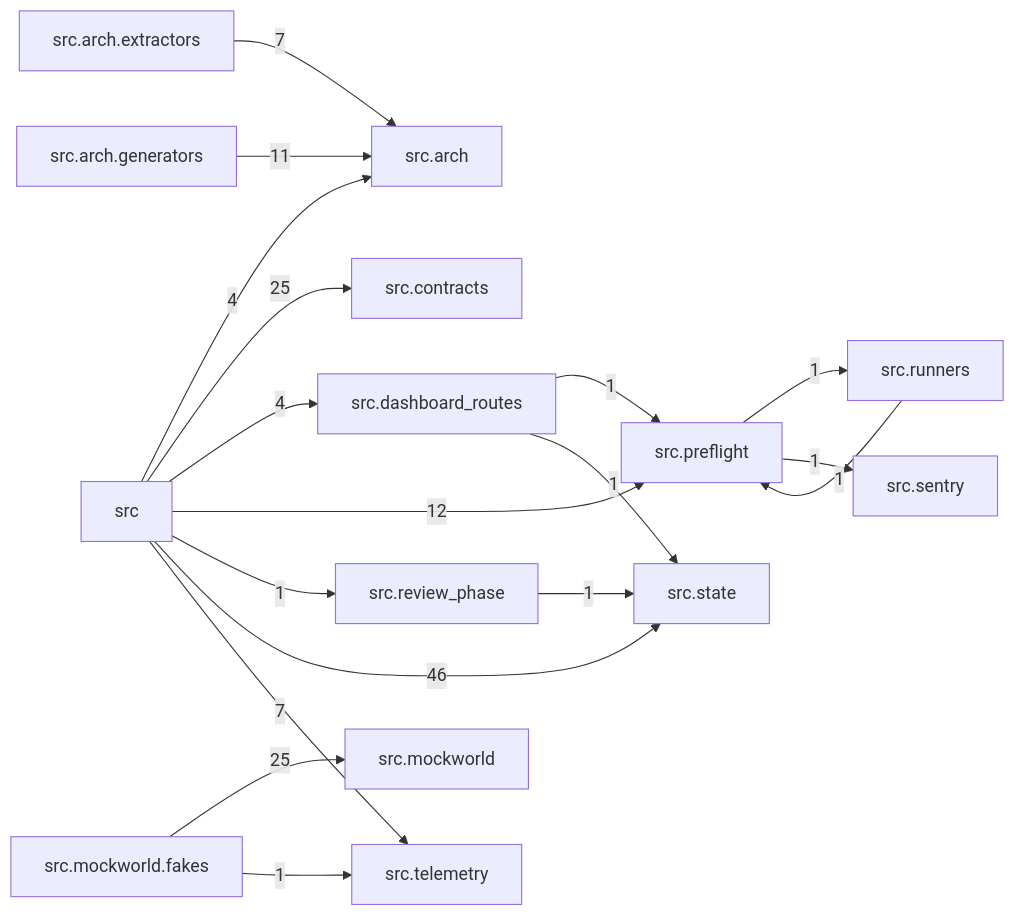
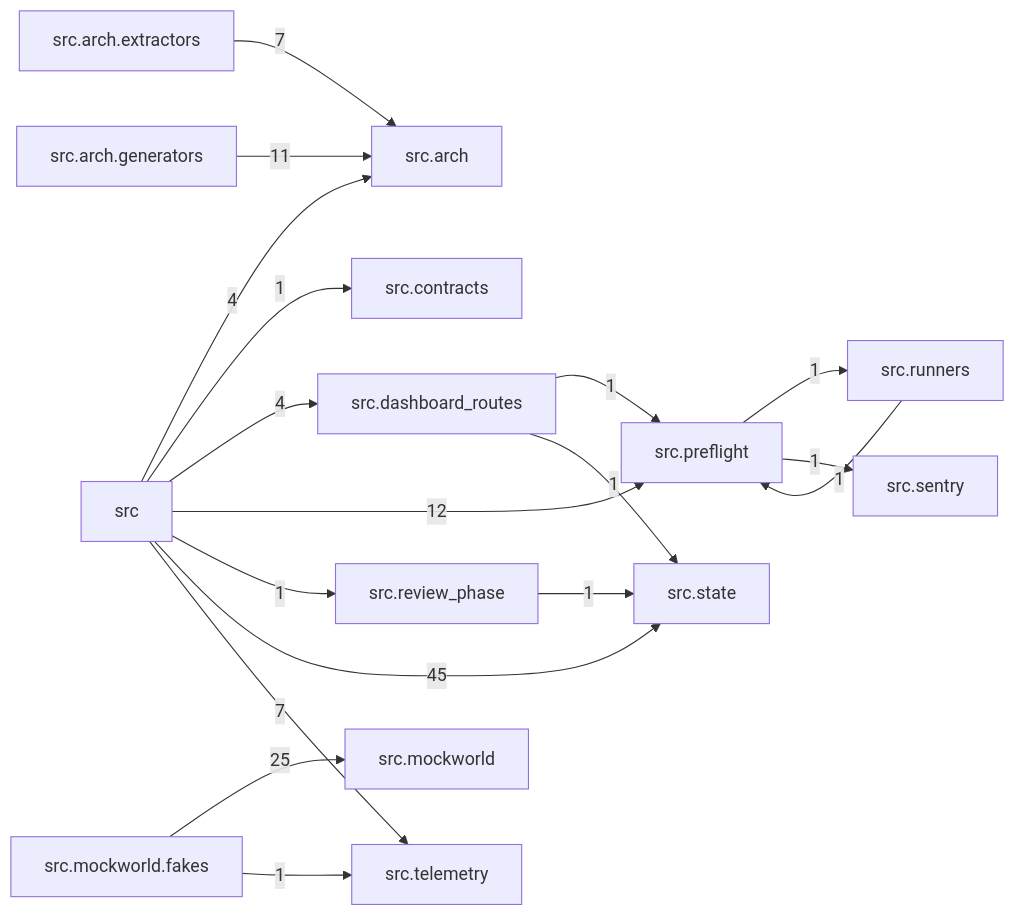
The diagram in docs/arch/generated/modules.md (T-rav/hydraflow), drawn with Mermaid before and after one commit. The commit also changed other lines of this file and 12 other files, not shown here.

````diff
--- a/docs/arch/generated/modules.md
+++ b/docs/arch/generated/modules.md
@@ -7,34 +7,34 @@
 ```mermaid
 graph LR
     src["src"]
     src_arch["src.arch"]
     src_arch_extractors["src.arch.extractors"]
     src_arch_generators["src.arch.generators"]
     src_contracts["src.contracts"]
     src_dashboard_routes["src.dashboard_routes"]
     src_mockworld["src.mockworld"]
     src_mockworld_fakes["src.mockworld.fakes"]
     src_preflight["src.preflight"]
     src_review_phase["src.review_phase"]
     src_runners["src.runners"]
     src_sentry["src.sentry"]
     src_state["src.state"]
     src_telemetry["src.telemetry"]
     src -- "4" --> src_arch
-    src -- "25" --> src_contracts
+    src -- "1" --> src_contracts
     src -- "4" --> src_dashboard_routes
     src -- "12" --> src_preflight
     src -- "1" --> src_review_phase
-    src -- "46" --> src_state
+    src -- "45" --> src_state
     src -- "7" --> src_telemetry
     src_arch_extractors -- "7" --> src_arch
     src_arch_generators -- "11" --> src_arch
     src_dashboard_routes -- "1" --> src_preflight
     src_dashboard_routes -- "1" --> src_state
     src_mockworld_fakes -- "25" --> src_mockworld
     src_mockworld_fakes -- "1" --> src_telemetry
     src_preflight -- "1" --> src_runners
     src_preflight -- "1" --> src_sentry
     src_review_phase -- "1" --> src_state
     src_runners -- "1" --> src_preflight
 ```
````
